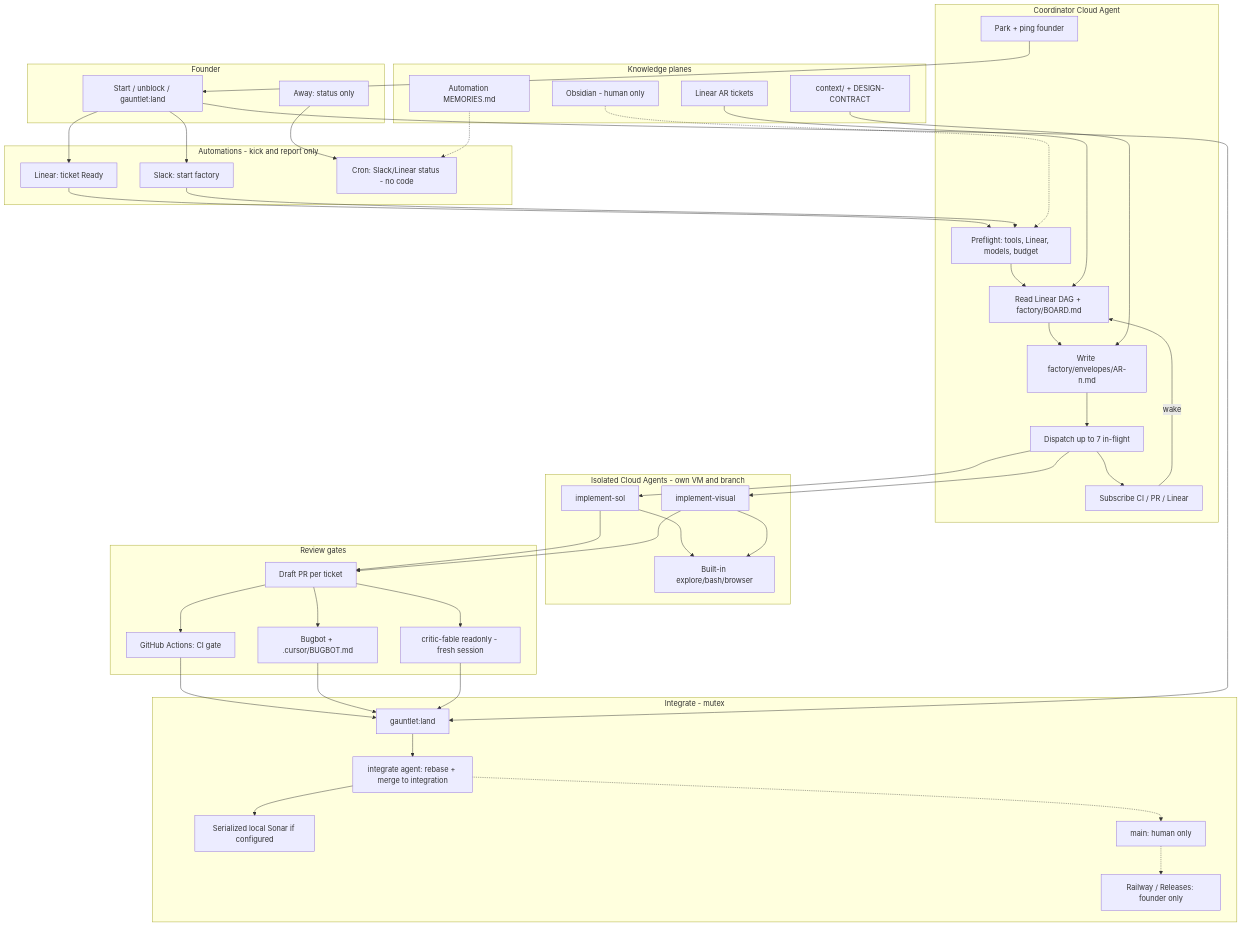
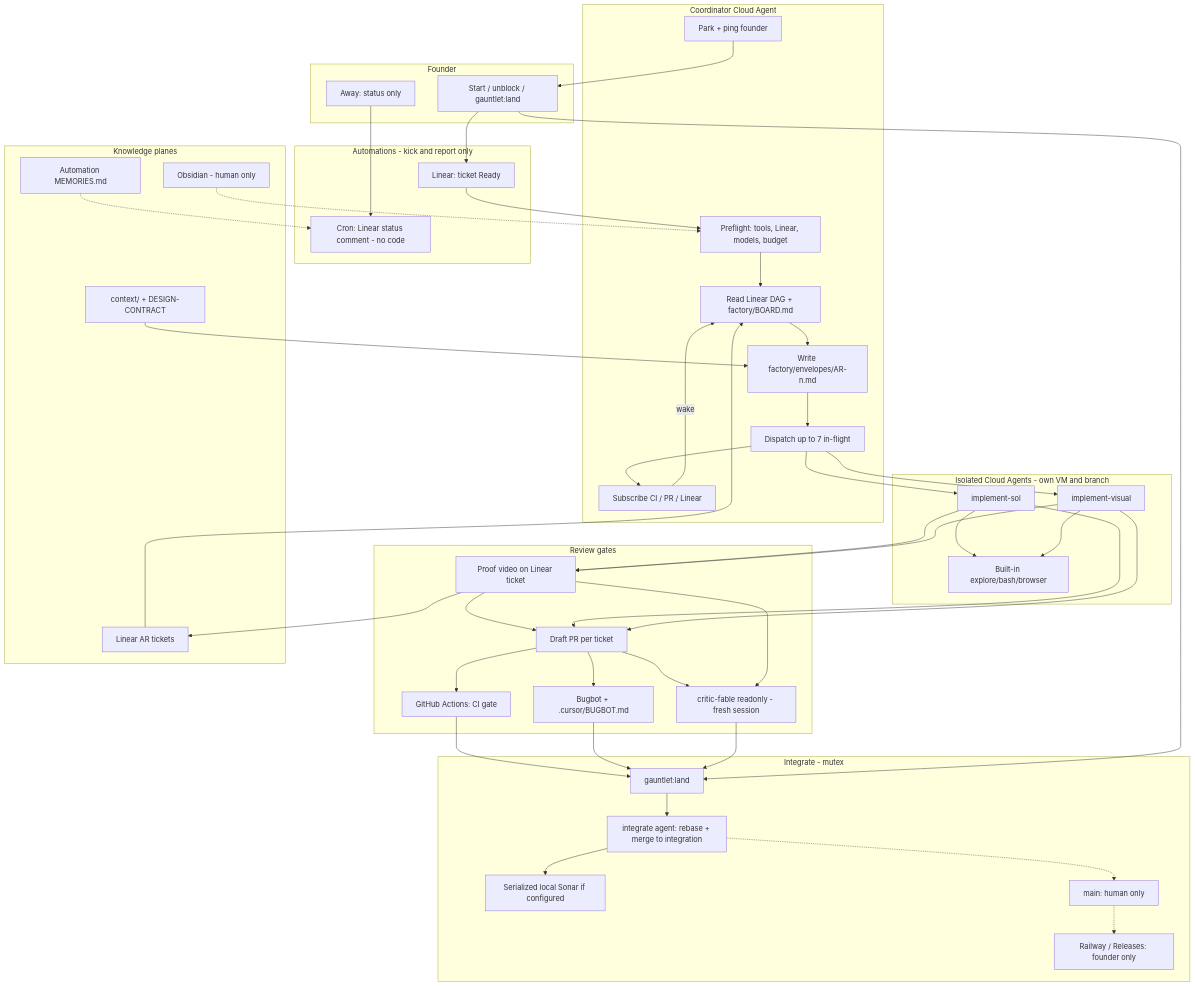
One commit to aaryandas/applied-research changed the first of 4 diagrams in context/factory.md. Above: the diagram before and after it, drawn with Mermaid. The commit also changed other lines of this file and 24 other files, not shown here.

First line of the commit message:
Require Linear proof videos and drop Slack from the factory.

```diff
--- a/context/factory.md
+++ b/context/factory.md
@@ -36,8 +37,7 @@
 
   subgraph kick [Automations - kick and report only]
     LinKick[Linear: ticket Ready]
-    SlackKick[Slack: start factory]
-    Status[Cron: Slack/Linear status - no code]
+    Status[Cron: Linear status comment - no code]
   end
 
   subgraph coord [Coordinator Cloud Agent]
@@ -56,6 +56,7 @@
   end
 
   subgraph gates [Review gates]
+    Video[Proof video on Linear ticket]
     PR[Draft PR per ticket]
     CI[GitHub Actions: CI gate]
     Bugbot[Bugbot + .cursor/BUGBOT.md]
@@ -78,10 +79,8 @@
   end
 
   Start --> LinKick
-  Start --> SlackKick
   Sleep --> Status
   LinKick --> Preflight
-  SlackKick --> Preflight
   Preflight --> Frontier
   Frontier --> Envelope
   Envelope --> Dispatch
@@ -89,11 +88,16 @@
   Dispatch --> Visual
   Sol --> Explore
   Visual --> Explore
+  Sol --> Video
+  Visual --> Video
+  Video --> Graph
+  Video --> PR
   Sol --> PR
   Visual --> PR
   PR --> CI
   PR --> Bugbot
   PR --> Fable
+  Video --> Fable
   Dispatch --> Subscribe
   Subscribe -->|wake| Frontier
   CI --> Label
```
